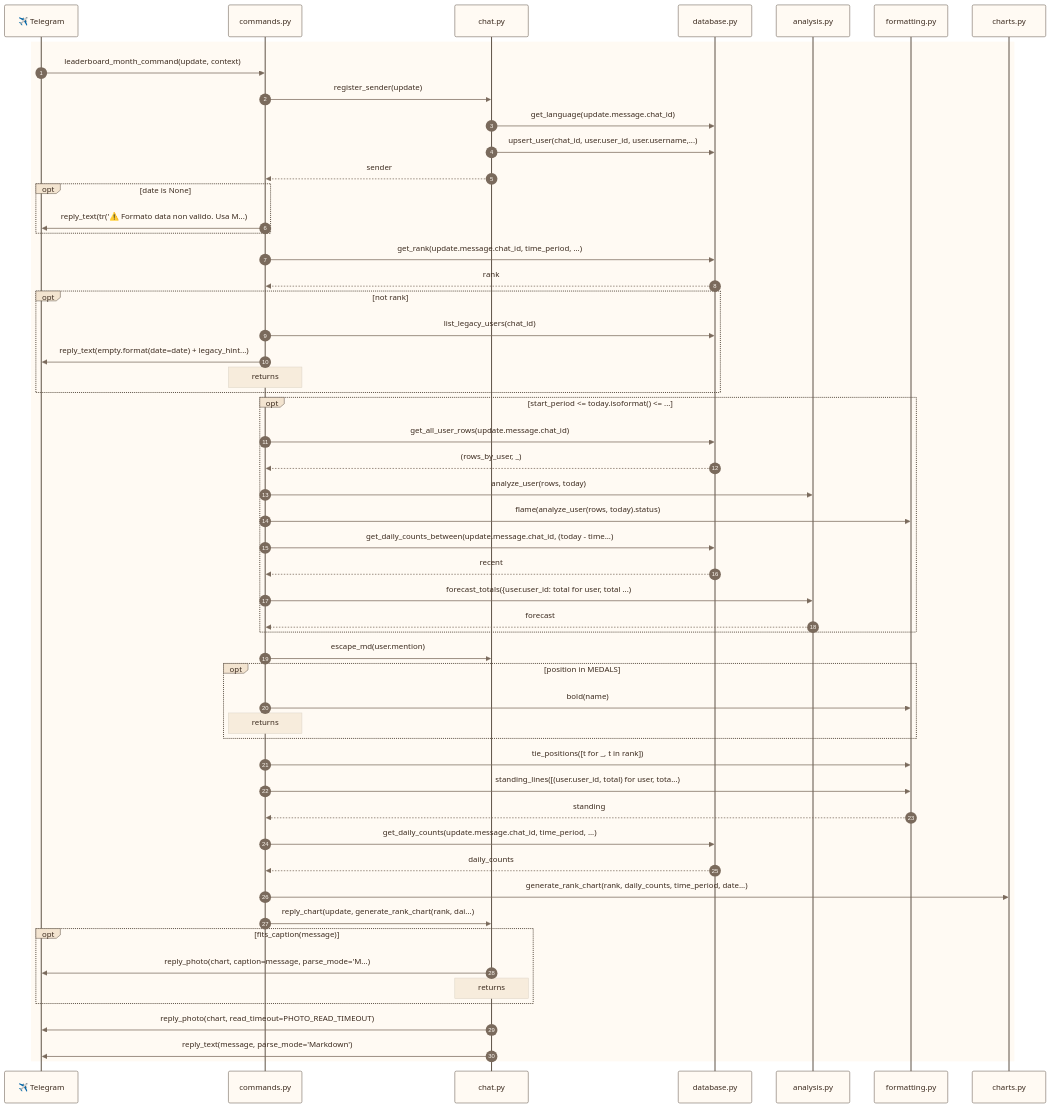
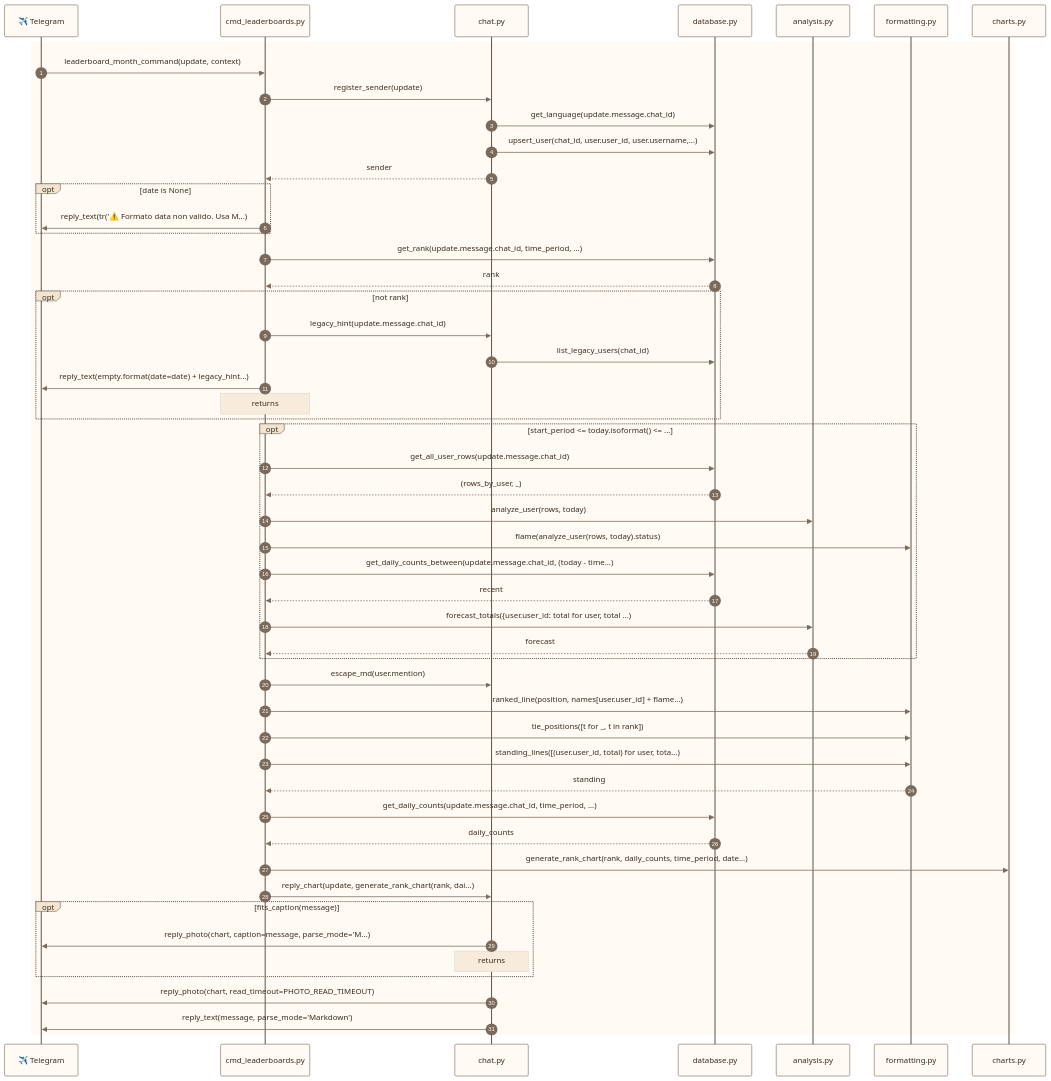
Before and after one commit to francescoperrino/Caccometro: the fourth of 42 diagrams in docs/use_cases.md, drawn with Mermaid. The commit also changed other lines of this file and 30 other files, not shown here.

```diff
--- a/docs/use_cases.md
+++ b/docs/use_cases.md
@@ -223,53 +223,51 @@
 ---
 sequenceDiagram
     accTitle: Sequence diagram, /leaderboard_month (/classifica_mese)
-    accDescr: The calls between the modules in time order, starting from commands.leaderboard_month_command
+    accDescr: The calls between the modules in time order, starting from cmd_leaderboards.leaderboard_month_command
     autonumber
     participant telegram as ✈️ Telegram
-    participant commands as commands.py
+    participant cmd_leaderboards as cmd_leaderboards.py
     participant chat as chat.py
     participant database as database.py
     participant analysis as analysis.py
     participant formatting as formatting.py
     participant charts as charts.py
     rect rgb(255, 250, 243)
-        telegram->>commands: leaderboard_month_command(update, context)
-        commands->>chat: register_sender(update)
+        telegram->>cmd_leaderboards: leaderboard_month_command(update, context)
+        cmd_leaderboards->>chat: register_sender(update)
         chat->>database: get_language(update.message.chat_id)
         chat->>database: upsert_user(chat_id, user.user_id, user.username,...)
-        chat-->>commands: sender
+        chat-->>cmd_leaderboards: sender
         opt date is None
-            commands->>telegram: reply_text(tr('⚠️ Formato data non valido. Usa M...)
+            cmd_leaderboards->>telegram: reply_text(tr('⚠️ Formato data non valido. Usa M...)
         end
-        commands->>database: get_rank(update.message.chat_id, time_period, ...)
-        database-->>commands: rank
+        cmd_leaderboards->>database: get_rank(update.message.chat_id, time_period, ...)
+        database-->>cmd_leaderboards: rank
         opt not rank
-            commands->>database: list_legacy_users(chat_id)
-            commands->>telegram: reply_text(empty.format(date=date) + legacy_hint...)
-            Note over commands: returns
+            cmd_leaderboards->>chat: legacy_hint(update.message.chat_id)
+            chat->>database: list_legacy_users(chat_id)
+            cmd_leaderboards->>telegram: reply_text(empty.format(date=date) + legacy_hint...)
+            Note over cmd_leaderboards: returns
         end
         opt start_period <= today.isoformat() <= ...
-            commands->>database: get_all_user_rows(update.message.chat_id)
-            database-->>commands: (rows_by_user, _)
-            commands->>analysis: analyze_user(rows, today)
-            commands->>formatting: flame(analyze_user(rows, today).status)
-            commands->>database: get_daily_counts_between(update.message.chat_id, (today - time...)
-            database-->>commands: recent
-            commands->>analysis: forecast_totals({user.user_id: total for user, total ...)
-            analysis-->>commands: forecast
+            cmd_leaderboards->>database: get_all_user_rows(update.message.chat_id)
+            database-->>cmd_leaderboards: (rows_by_user, _)
+            cmd_leaderboards->>analysis: analyze_user(rows, today)
+            cmd_leaderboards->>formatting: flame(analyze_user(rows, today).status)
+            cmd_leaderboards->>database: get_daily_counts_between(update.message.chat_id, (today - time...)
+            database-->>cmd_leaderboards: recent
+            cmd_leaderboards->>analysis: forecast_totals({user.user_id: total for user, total ...)
+            analysis-->>cmd_leaderboards: forecast
         end
-        commands->>chat: escape_md(user.mention)
-        opt position in MEDALS
-            commands->>formatting: bold(name)
-            Note over commands: returns
-        end
-        commands->>formatting: tie_positions([t for _, t in rank])
-        commands->>formatting: standing_lines([(user.user_id, total) for user, tota...)
-        formatting-->>commands: standing
-        commands->>database: get_daily_counts(update.message.chat_id, time_period, ...)
-        database-->>commands: daily_counts
-        commands->>charts: generate_rank_chart(rank, daily_counts, time_period, date...)
-        commands->>chat: reply_chart(update, generate_rank_chart(rank, dai...)
+        cmd_leaderboards->>chat: escape_md(user.mention)
+        cmd_leaderboards->>formatting: ranked_line(position, names[user.user_id] + flame...)
+        cmd_leaderboards->>formatting: tie_positions([t for _, t in rank])
+        cmd_leaderboards->>formatting: standing_lines([(user.user_id, total) for user, tota...)
+        formatting-->>cmd_leaderboards: standing
+        cmd_leaderboards->>database: get_daily_counts(update.message.chat_id, time_period, ...)
+        database-->>cmd_leaderboards: daily_counts
+        cmd_leaderboards->>charts: generate_rank_chart(rank, daily_counts, time_period, date...)
+        cmd_leaderboards->>chat: reply_chart(update, generate_rank_chart(rank, dai...)
         opt fits_caption(message)
             chat->>telegram: reply_photo(chart, caption=message, parse_mode='M...)
             Note over chat: returns
```
